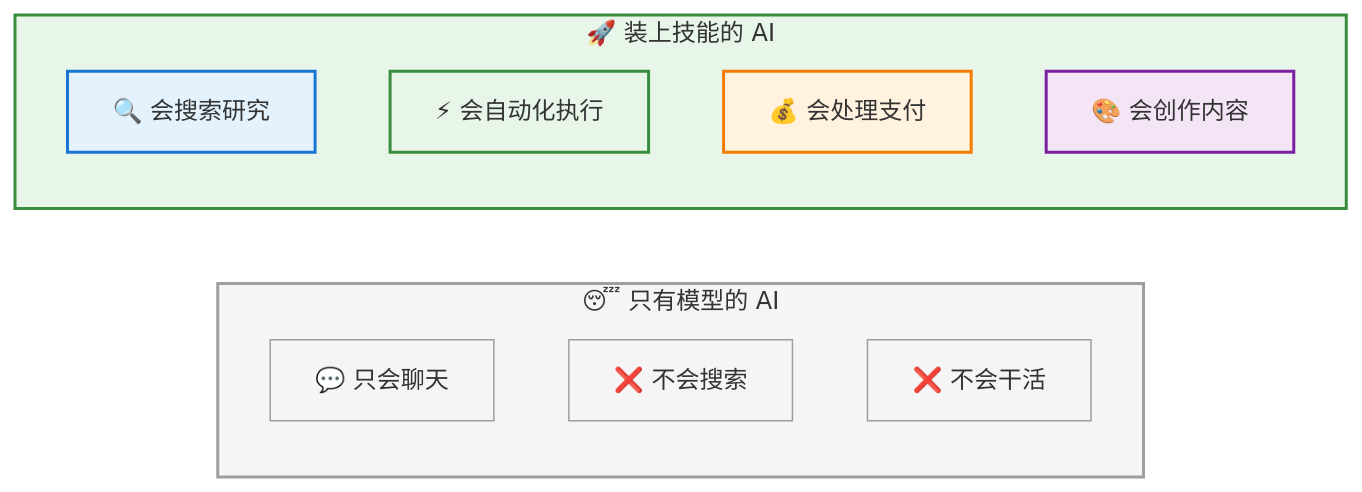
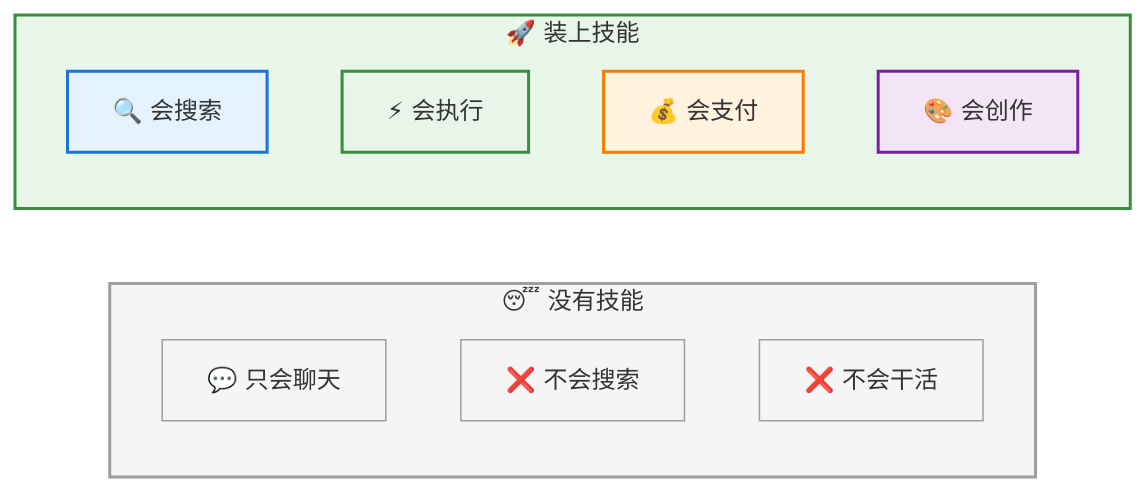
The second of 4 diagrams in README.md (weininghui/skills), drawn with Mermaid before and after one commit. The commit also changed other lines of this file, not shown here.

Commit message:
fix: shorten mermaid node labels and subgraph names to prevent text overflow

````diff
--- a/README.md
+++ b/README.md
@@ -57,25 +57,25 @@
 ```mermaid
 graph LR
-    subgraph BEFORE["😴 只有模型的 AI"]
+    subgraph BEF["😴 没有技能"]
         A1["💬 只会聊天"] 
         A2["❌ 不会搜索"] 
         A3["❌ 不会干活"]
     end
 
-    subgraph AFTER["🚀 装上技能的 AI"]
-        B1["🔍 会搜索研究"]
-        B2["⚡ 会自动化执行"]
-        B3["💰 会处理支付"]
-        B4["🎨 会创作内容"]
+    subgraph AFT["🚀 装上技能"]
+        B1["🔍 会搜索"]
+        B2["⚡ 会执行"]
+        B3["💰 会支付"]
+        B4["🎨 会创作"]
     end
 
-    style BEFORE fill:#F5F5F5,stroke:#9E9E9E,stroke-width:2px
-    style AFTER fill:#E8F5E9,stroke:#388E3C,stroke-width:2px
+    style BEF fill:#F5F5F5,stroke:#9E9E9E,stroke-width:2px
+    style AFT fill:#E8F5E9,stroke:#388E3C,stroke-width:2px
     style A1 fill:#F5F5F5,stroke:#9E9E9E
     style A2 fill:#F5F5F5,stroke:#9E9E9E
     style A3 fill:#F5F5F5,stroke:#9E9E9E
     style B1 fill:#E3F2FD,stroke:#1976D2,stroke-width:2px
     style B2 fill:#E8F5E9,stroke:#388E3C,stroke-width:2px
     style B3 fill:#FFF3E0,stroke:#F57C00,stroke-width:2px
     style B4 fill:#F3E5F5,stroke:#7B1FA2,stroke-width:2px
 ```
````
